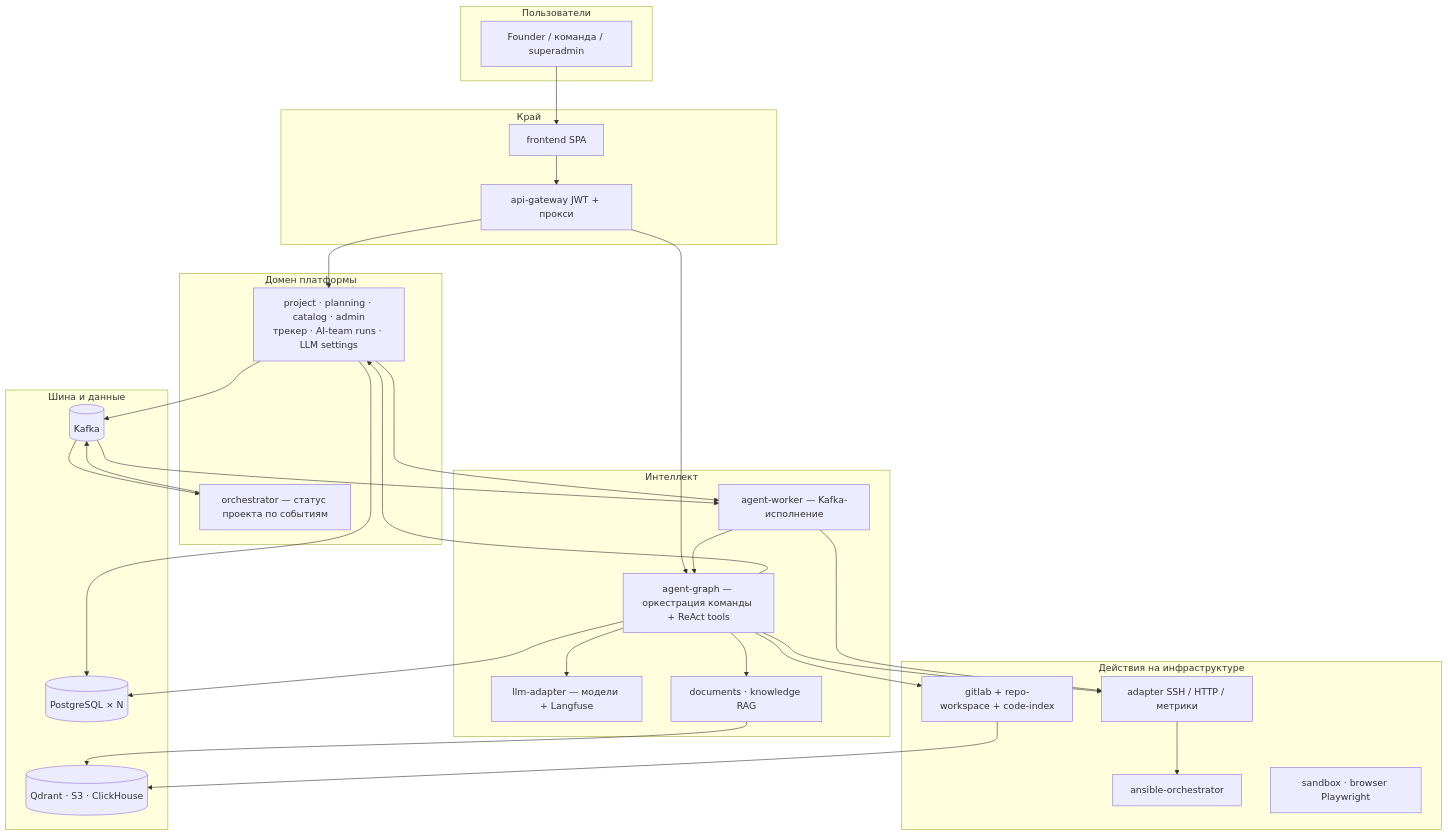
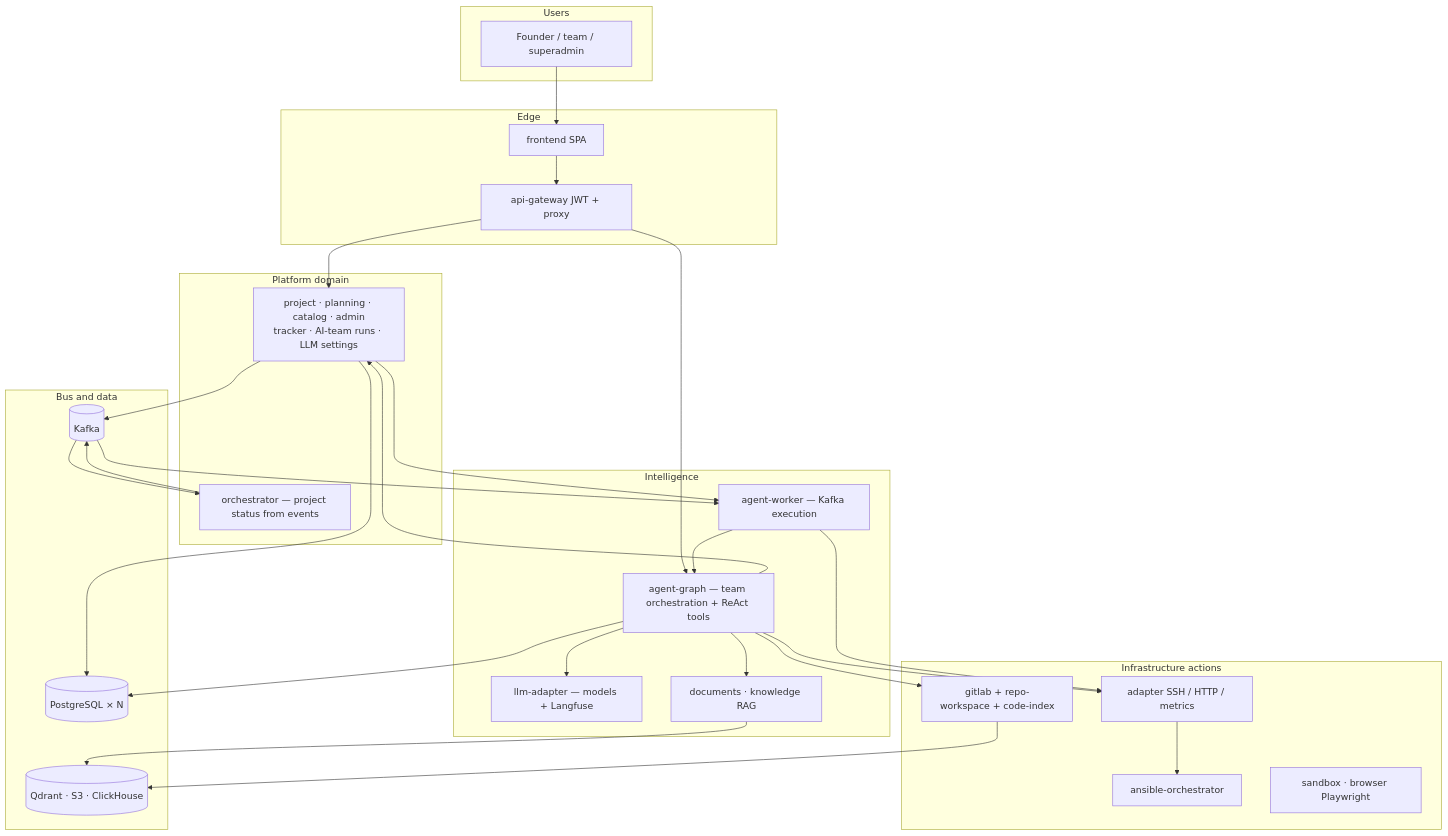
Diagram 14 of 17 in Architecture.md (sergey-show/lambot-platform), drawn with Mermaid before and after one commit. The commit also changed other lines of this file and 119 other files, not shown here.

First line of the commit message:
Localize Lambot Platform to English and switch intake routing to LLM.

````diff
--- a/Architecture.md
+++ b/Architecture.md
@@ -650,57 +650,57 @@
 ```mermaid
 flowchart TB
-  subgraph L0["Пользователи"]
-    U[Founder / команда / superadmin]
+  subgraph L0["Users"]
+    U[Founder / team / superadmin]
   end
 
-  subgraph L1["Край"]
+  subgraph L1["Edge"]
     UI[frontend SPA]
-    GW[api-gateway JWT + прокси]
+    GW[api-gateway JWT + proxy]
   end
 
-  subgraph L2["Домен платформы"]
-    DOM[project · planning · catalog · admin<br/>трекер · AI-team runs · LLM settings]
-    ORC[orchestrator — статус проекта по событиям]
+  subgraph L2["Platform domain"]
+    DOM[project · planning · catalog · admin<br/>tracker · AI-team runs · LLM settings]
+    ORC[orchestrator — project status from events]
   end
 
-  subgraph L3["Интеллект"]
-    AG[agent-graph — оркестрация команды + ReAct tools]
-    LLM[llm-adapter — модели + Langfuse]
-    WRK[agent-worker — Kafka-исполнение]
+  subgraph L3["Intelligence"]
+    AG[agent-graph — team orchestration + ReAct tools]
+    LLM[llm-adapter — models + Langfuse]
+    WRK[agent-worker — Kafka execution]
     KB[documents · knowledge RAG]
   end
 
-  subgraph L4["Действия на инфраструктуре"]
-    ADP[adapter SSH / HTTP / метрики]
+  subgraph L4["Infrastructure actions"]
+    ADP[adapter SSH / HTTP / metrics]
     GIT[gitlab + repo-workspace + code-index]
     ANS[ansible-orchestrator]
     SBX[sandbox · browser Playwright]
   end
 
-  subgraph L5["Шина и данные"]
+  subgraph L5["Bus and data"]
     KF[(Kafka)]
     PG[(PostgreSQL × N)]
     VEC[(Qdrant · S3 · ClickHouse)]
   end
 
   U --> UI --> GW
   GW --> DOM
   GW --> AG
   DOM --> KF
   ORC --> KF
   AG --> LLM
   AG --> DOM
   AG --> ADP
   AG --> GIT
   AG --> KB
   WRK --> AG
   WRK --> ADP
   DOM --> WRK
   ADP --> ANS
   GIT --> VEC
   KB --> VEC
   KF --> ORC
   KF --> WRK
   DOM --> PG
   AG --> PG
 ```
````
